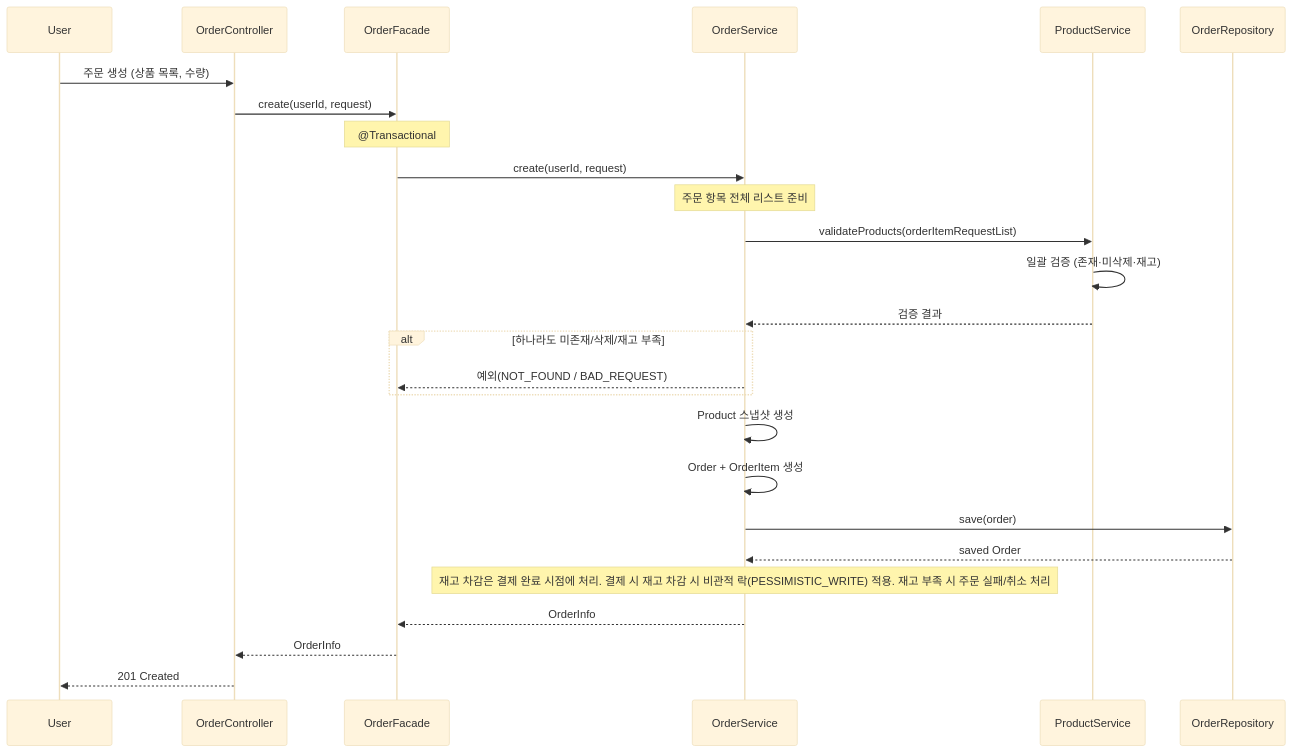
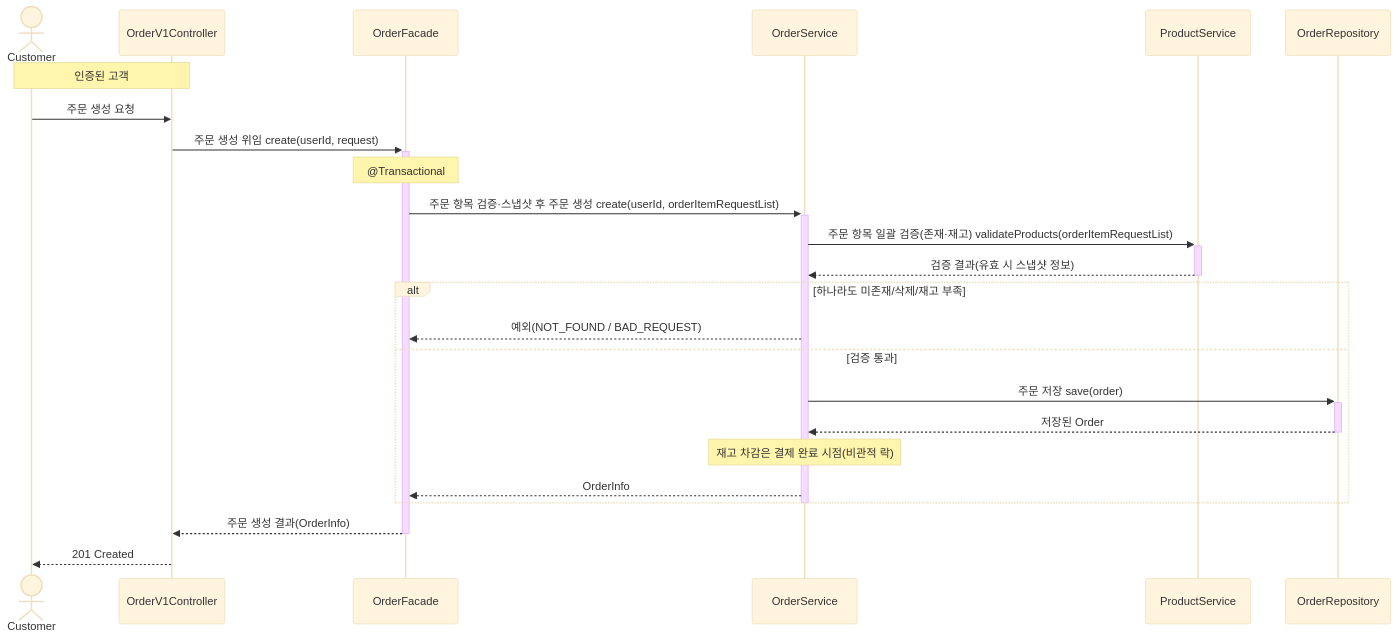
One commit to Loopers-dev-lab/loop-pack-be-l2-vol3-java changed the seventh of 8 diagrams in .docs/design/02-sequence-diagrams.md. Above: the diagram before and after it, drawn with Mermaid (base theme). The commit also changed other lines of this file and 3 other files, not shown here.

````diff
--- a/.docs/design/02-sequence-diagrams.md
+++ b/.docs/design/02-sequence-diagrams.md
@@ -222,31 +291,30 @@
 ```mermaid
 sequenceDiagram
-    participant User
-    participant OrderController
-    participant OrderFacade
+    actor Customer
+    participant Controller as OrderV1Controller
+    participant Facade as OrderFacade
     participant OrderService
     participant ProductService
     participant OrderRepository
 
-    User->>OrderController: 주문 생성 (상품 목록, 수량)
-    OrderController->>OrderFacade: create(userId, request)
-    Note over OrderFacade: @Transactional
-    OrderFacade->>OrderService: create(userId, request)
+    Note over Customer, Controller: 인증된 고객
+    Customer->>Controller: 주문 생성 요청
 
-    Note over OrderService: 주문 항목 전체 리스트 준비
-    OrderService->>ProductService: validateProducts(orderItemRequestList)
-    ProductService->>ProductService: 일괄 검증 (존재·미삭제·재고)
-    ProductService-->>OrderService: 검증 결과
+    Controller->>+Facade: 주문 생성 위임 create(userId, request)
+    Note over Facade: @Transactional
+    Facade->>+OrderService: 주문 항목 검증·스냅샷 후 주문 생성 create(userId, orderItemRequestList)
+
+    OrderService->>+ProductService: 주문 항목 일괄 검증(존재·재고) validateProducts(orderItemRequestList)
+    ProductService-->>-OrderService: 검증 결과(유효 시 스냅샷 정보)
     alt 하나라도 미존재/삭제/재고 부족
-        OrderService-->>OrderFacade: 예외(NOT_FOUND / BAD_REQUEST)
+        OrderService-->>Facade: 예외(NOT_FOUND / BAD_REQUEST)
+    else 검증 통과
+        OrderService->>+OrderRepository: 주문 저장 save(order)
+        OrderRepository-->>-OrderService: 저장된 Order
+        Note over OrderService: 재고 차감은 결제 완료 시점(비관적 락)
+        OrderService-->>Facade: OrderInfo
     end
-
-    OrderService->>OrderService: Product 스냅샷 생성
-    OrderService->>OrderService: Order + OrderItem 생성
-    OrderService->>OrderRepository: save(order)
-    OrderRepository-->>OrderService: saved Order
-    Note over OrderService: 재고 차감은 결제 완료 시점에 처리. 결제 시 재고 차감 시 비관적 락(PESSIMISTIC_WRITE) 적용. 재고 부족 시 주문 실패/취소 처리
-    OrderService-->>OrderFacade: OrderInfo
-    OrderFacade-->>OrderController: OrderInfo
-    OrderController-->>User: 201 Created
+    deactivate OrderService
+    Facade-->>-Controller: 주문 생성 결과(OrderInfo)
+    Controller-->>Customer: 201 Created
 ```
````
